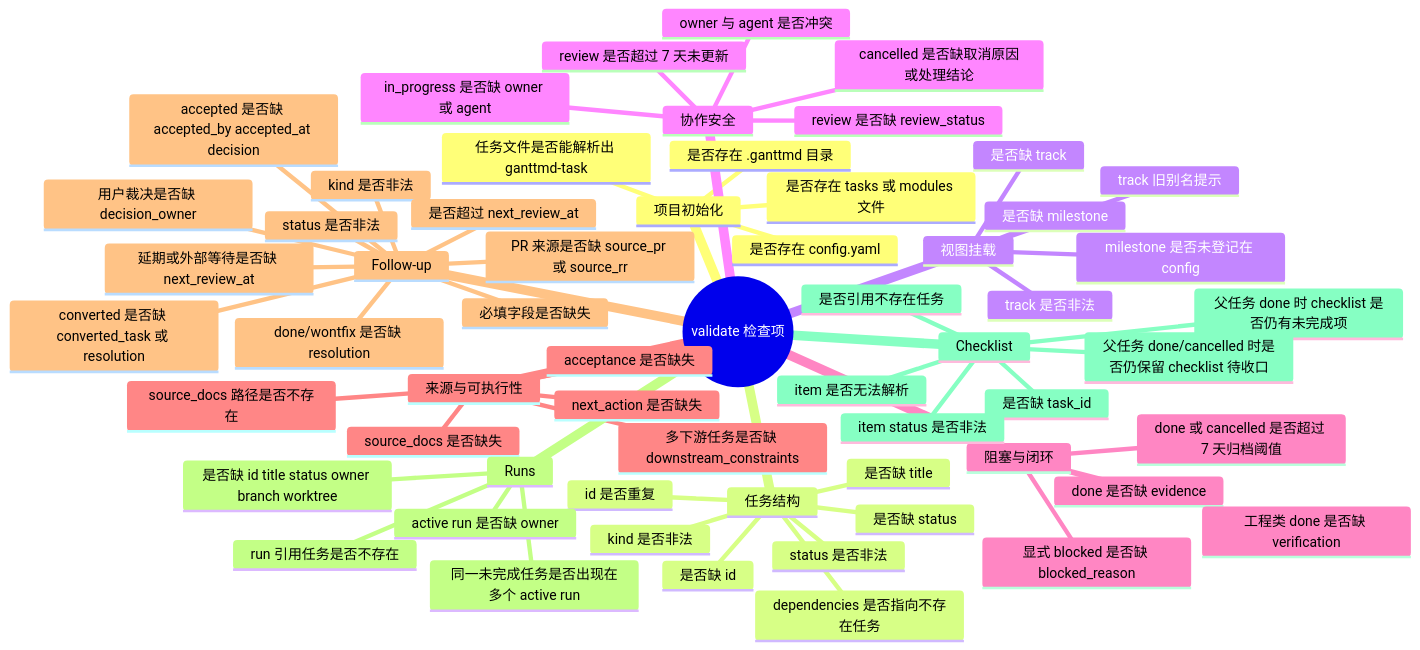
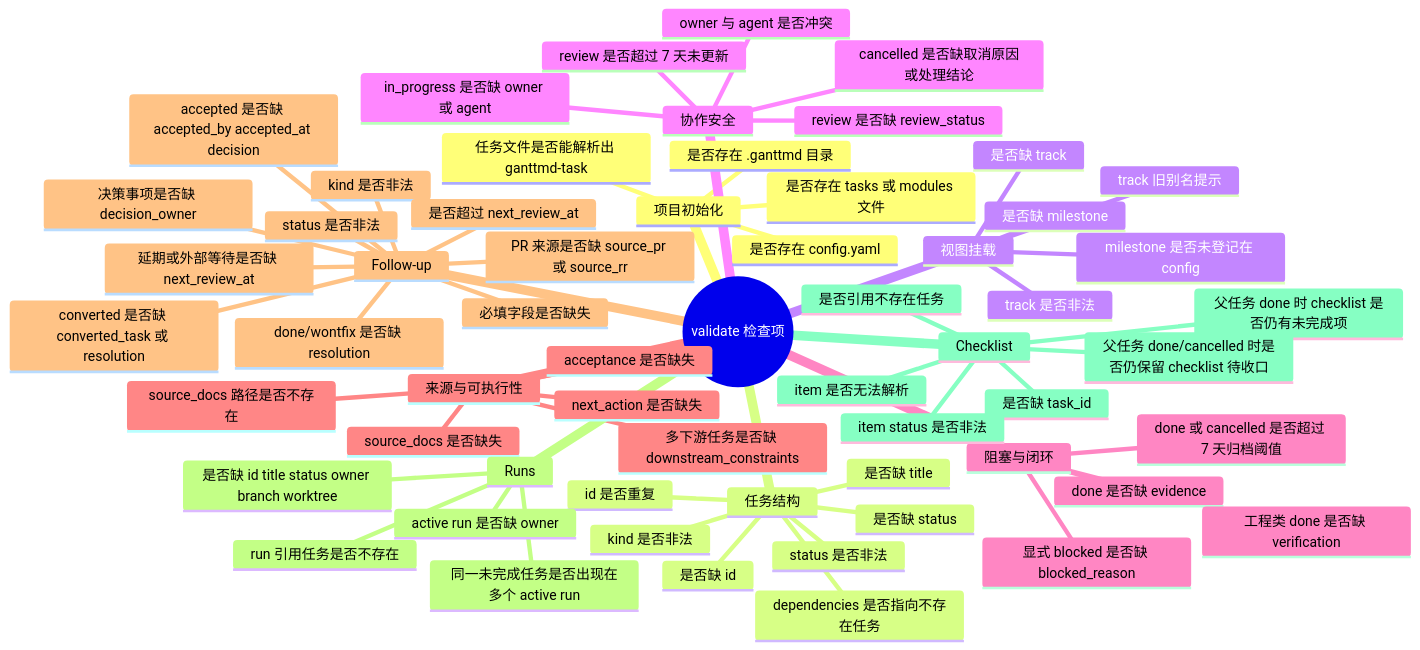
One commit to GengDaPeng/GanttMD changed the second of 2 diagrams in docs/校验脚本检查流程图.md. Above: the diagram before and after it, drawn with Mermaid. The commit also changed other lines of this file and 25 other files, not shown here.

````diff
--- a/docs/校验脚本检查流程图.md
+++ b/docs/校验脚本检查流程图.md
@@ -79,63 +79,63 @@
 ```mermaid
 mindmap
   root((validate 检查项))
     项目初始化
       是否存在 .ganttmd 目录
       是否存在 config.yaml
       是否存在 tasks 或 modules 文件
       任务文件是否能解析出 ganttmd-task
     任务结构
       是否缺 id
       id 是否重复
       是否缺 title
       是否缺 status
       status 是否非法
       kind 是否非法
       dependencies 是否指向不存在任务
     视图挂载
       是否缺 track
       track 是否非法
       track 旧别名提示
       是否缺 milestone
       milestone 是否未登记在 config
     协作安全
       in_progress 是否缺 owner 或 agent
       owner 与 agent 是否冲突
       review 是否缺 review_status
       review 是否超过 7 天未更新
       cancelled 是否缺取消原因或处理结论
     阻塞与闭环
       显式 blocked 是否缺 blocked_reason
       done 是否缺 evidence
       工程类 done 是否缺 verification
       done 或 cancelled 是否超过 7 天归档阈值
     来源与可执行性
       source_docs 是否缺失
       source_docs 路径是否不存在
       next_action 是否缺失
       acceptance 是否缺失
       多下游任务是否缺 downstream_constraints
     Follow-up
       必填字段是否缺失
       status 是否非法
       kind 是否非法
       PR 来源是否缺 source_pr 或 source_rr
-      用户裁决是否缺 decision_owner
+      决策事项是否缺 decision_owner
       延期或外部等待是否缺 next_review_at
       是否超过 next_review_at
       accepted 是否缺 accepted_by accepted_at decision
       converted 是否缺 converted_task 或 resolution
       done/wontfix 是否缺 resolution
     Runs
       是否缺 id title status owner branch worktree
       active run 是否缺 owner
       run 引用任务是否不存在
       同一未完成任务是否出现在多个 active run
     Checklist
       是否缺 task_id
       是否引用不存在任务
       item 是否无法解析
       item status 是否非法
       父任务 done 时 checklist 是否仍有未完成项
       父任务 done/cancelled 时是否仍保留 checklist 待收口
 ```
````
